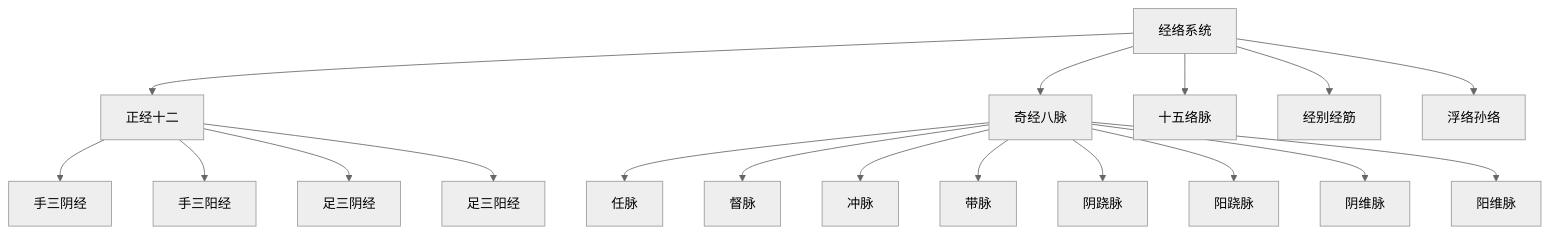
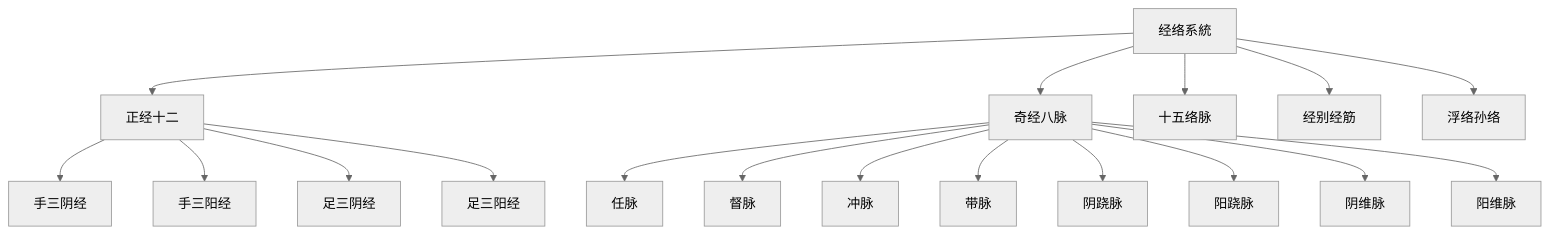
Before and after one commit to kmjade/knowledge-value: the second of 6 diagrams in 3 Resources/01-Tech/🏥 专业知识/耳穴知识库/01-基础知识/经络理论.md, drawn with Mermaid (neutral theme). The commit also changed other lines of this file and 653 other files, not shown here.

````diff
--- a/3 Resources/01-Tech/🏥 专业知识/耳穴知识库/01-基础知识/经络理论.md
+++ b/3 Resources/01-Tech/🏥 专业知识/耳穴知识库/01-基础知识/经络理论.md
@@ -82,22 +82,22 @@
 ```mermaid
 graph TD
-    A[经络系统] --> B[正经十二]
+    A[经络系統] --> B[正经十二]
     A --> C[奇经八脉]
     A --> D[十五络脉]
     A --> E[经别经筋]
     A --> F[浮络孙络]
 
     B --> B1[手三阴经]
     B --> B2[手三阳经]
     B --> B3[足三阴经]
     B --> B4[足三阳经]
 
     C --> C1[任脉]
     C --> C2[督脉]
     C --> C3[冲脉]
     C --> C4[带脉]
     C --> C5[阴跷脉]
     C --> C6[阳跷脉]
     C --> C7[阴维脉]
     C --> C8[阳维脉]
 ```
````
